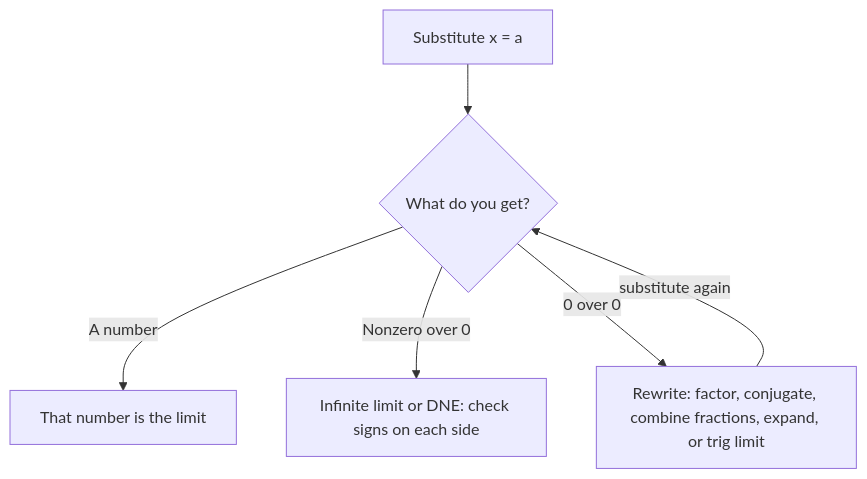
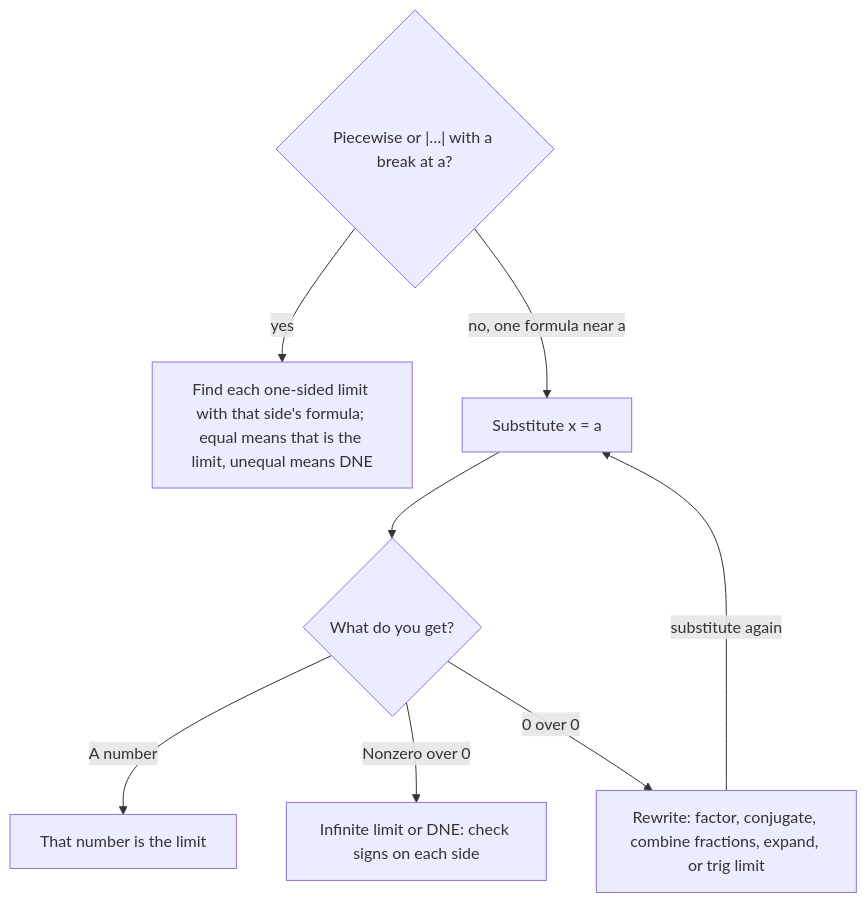
The diagram in content/math/calculus/lessons/02-limit-laws.md (Aziliz/erudior), drawn with Mermaid before and after one commit. The commit also changed other lines of this file and 5 other files, not shown here.

````diff
--- a/content/math/calculus/lessons/02-limit-laws.md
+++ b/content/math/calculus/lessons/02-limit-laws.md
@@ -137,10 +137,12 @@
 ```mermaid
 flowchart TD
   accTitle: The plug-in-first routine for limits
-  accDescr: First substitute x = a and ask what you get. A number is the limit. A nonzero number over zero signals an infinite limit or no limit, so check the sign on each side. Zero over zero is indeterminate, so rewrite the expression by factoring, multiplying by the conjugate, combining fractions, expanding, or using a trig limit, then substitute again and repeat the check.
+  accDescr: First ask whether the function is piecewise, or has an absolute value, with a break at x = a. If so, find the limit from each side using the formula for that side; if the two one-sided limits are equal, that common value is the limit, and otherwise the limit does not exist. If the function is a single formula near a, substitute x = a and ask what you get. A number is the limit. A nonzero number over zero signals an infinite limit or no limit, so check the sign on each side. Zero over zero is indeterminate, so rewrite the expression by factoring, multiplying by the conjugate, combining fractions, expanding, or using a trig limit, then substitute again and repeat the check.
+  P{"Piecewise or |…| with a break at a?"} -- yes --> S["Find each one-sided limit with that side's formula; equal means that is the limit, unequal means DNE"]
+  P -- "no, one formula near a" --> A
   A["Substitute x = a"] --> B{"What do you get?"}
   B -- "A number" --> C["That number is the limit"]
   B -- "Nonzero over 0" --> D["Infinite limit or DNE: check signs on each side"]
   B -- "0 over 0" --> E["Rewrite: factor, conjugate, combine fractions, expand, or trig limit"]
-  E -- "substitute again" --> B
+  E -- "substitute again" --> A
 ```
````
